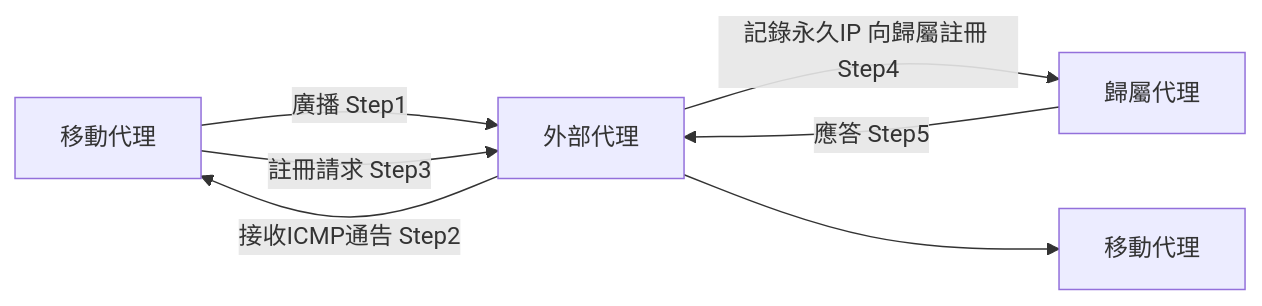
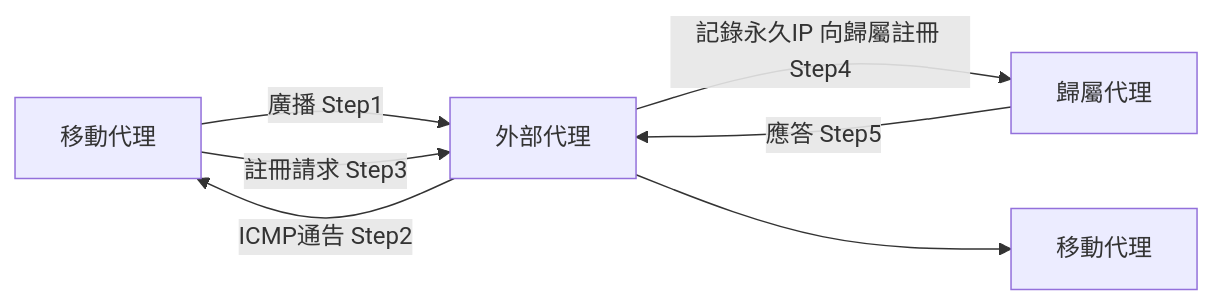
The ninth of 9 diagrams in _posts/2021-07-21-04741-internet.md (chchoiw/chchoiw.github.io), drawn with Mermaid before and after one commit.

````diff
--- a/_posts/2021-07-21-04741-internet.md
+++ b/_posts/2021-07-21-04741-internet.md
@@ -810,9 +810,9 @@
 ```mermaid
 graph LR
 A[移動代理]-- 廣播 Step1--> B[外部代理]
-B--接收ICMP通告 Step2-->A
+B--ICMP通告 Step2-->A
 A--註冊請求 Step3-->B
 B--記錄永久IP 向歸屬註冊 Step4-->C[歸屬代理]
 C--應答 Step5-->B
 B-->E[移動代理]
 ```
````
